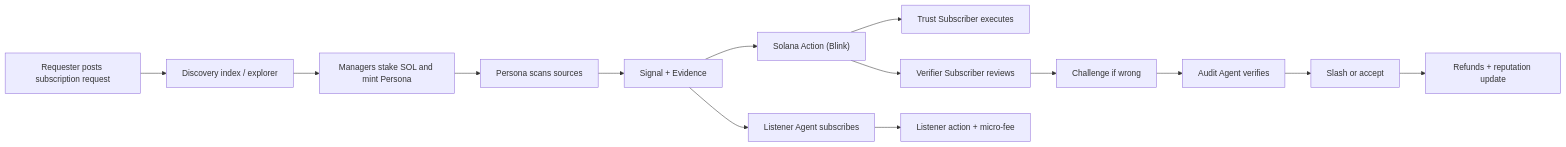
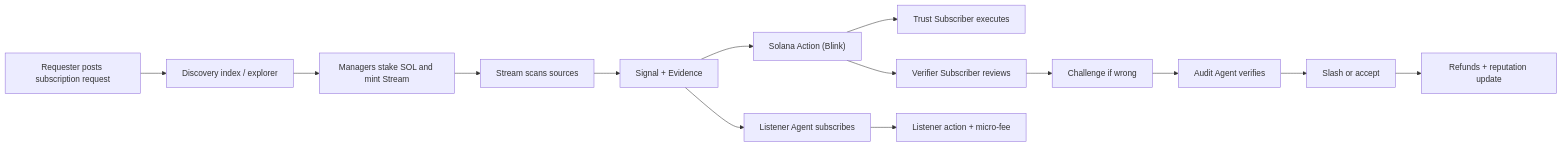
Before and after one commit to heemankv/sigints.club: the diagram in documents/Project_Documentation_by_AI.md, drawn with Mermaid. The commit also changed other lines of this file and 137 other files, not shown here.

Commit message:
Update Tapestry-first flow and docs

````diff
--- a/documents/Project_Documentation_by_AI.md
+++ b/documents/Project_Documentation_by_AI.md
@@ -169,16 +170,16 @@
 ```mermaid
 flowchart LR
   A["Requester posts subscription request"] --> B["Discovery index / explorer"]
-  B --> C["Managers stake SOL and mint Persona"]
-  C --> D["Persona scans sources"]
+  B --> C["Managers stake SOL and mint Stream"]
+  C --> D["Stream scans sources"]
   D --> E["Signal + Evidence"]
   E --> F["Solana Action (Blink)"]
   F --> G["Trust Subscriber executes"]
   F --> H["Verifier Subscriber reviews"]
   H --> I["Challenge if wrong"]
   I --> J["Audit Agent verifies"]
   J --> K["Slash or accept"]
   K --> L["Refunds + reputation update"]
   E --> M["Listener Agent subscribes"]
   M --> N["Listener action + micro-fee"]
 ```
````
